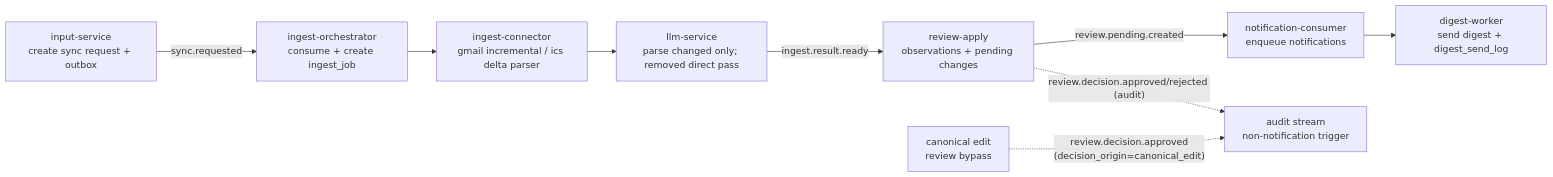
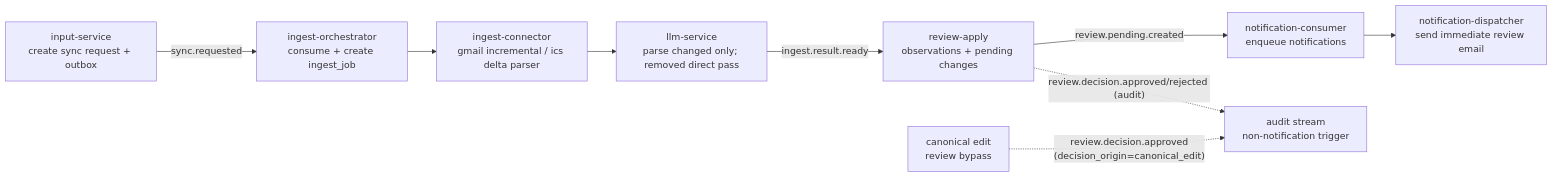
Before and after one commit to lishehao-ctrl/CalendarDIFF: the diagram in docs/dataflow_input_to_notification.md, drawn with Mermaid. The commit also changed other lines of this file and 10 other files, not shown here.

Commit message:
document semantic architecture and cleanup specs

````diff
--- a/docs/dataflow_input_to_notification.md
+++ b/docs/dataflow_input_to_notification.md
@@ -22,11 +22,11 @@
 ```mermaid
 flowchart LR
     A["input-service\ncreate sync request + outbox"] -->|"sync.requested"| B["ingest-orchestrator\nconsume + create ingest_job"]
     B --> C["ingest-connector\ngmail incremental / ics delta parser"]
     C --> D["llm-service\nparse changed only; removed direct pass"]
     D -->|"ingest.result.ready"| E["review-apply\nobservations + pending changes"]
     E -->|"review.pending.created"| F["notification-consumer\nenqueue notifications"]
-    F --> G["digest-worker\nsend digest + digest_send_log"]
+    F --> G["notification-dispatcher\nsend immediate review email"]
     E -.->|"review.decision.approved/rejected (audit)"| H["audit stream\nnon-notification trigger"]
     I["canonical edit\nreview bypass"] -.->|"review.decision.approved\n(decision_origin=canonical_edit)"| H
 ```
````
